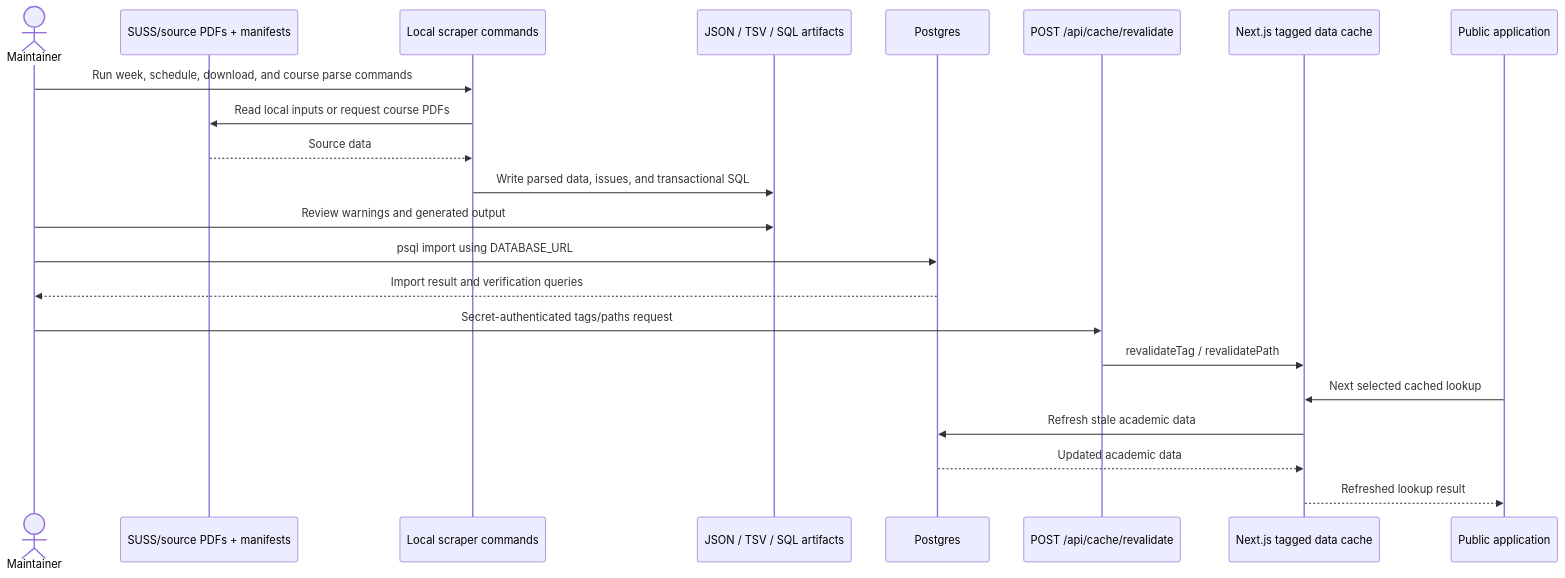
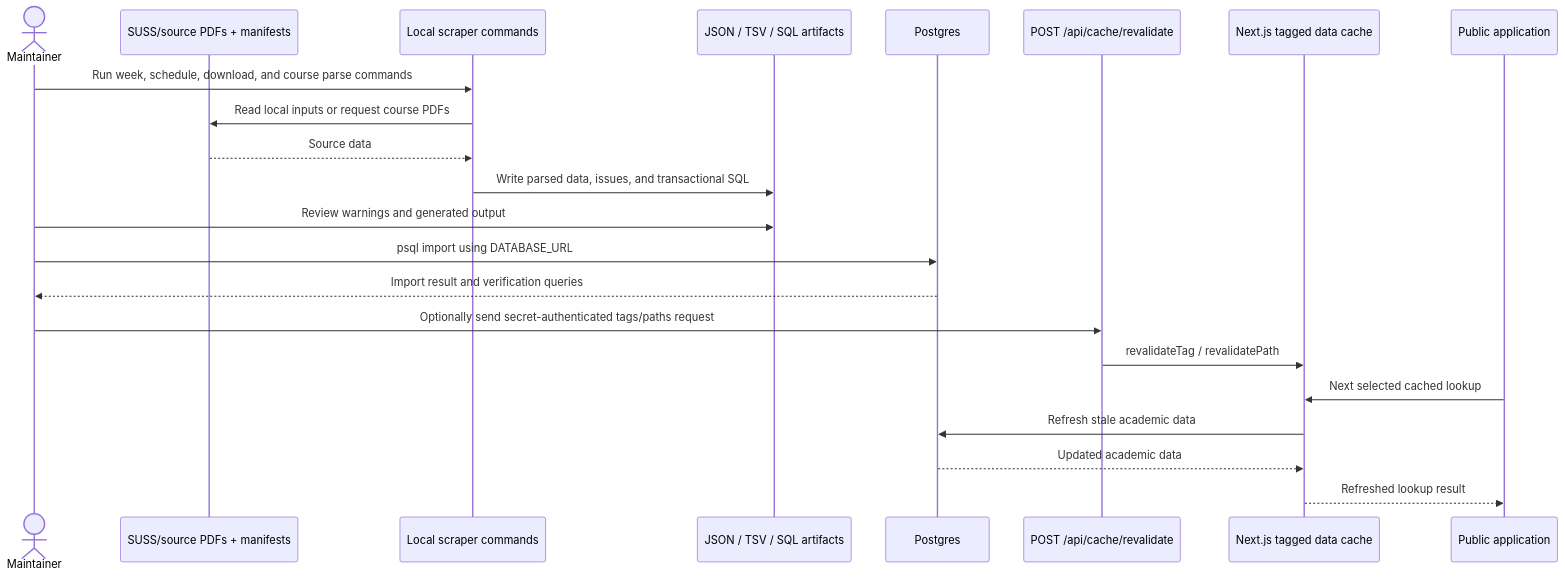
One commit to lester-td/SUSSplanner changed diagram 12 of 12 in docs/DeveloperGuide.md. Above: the diagram before and after it, drawn with Mermaid. The commit also changed other lines of this file, not shown here.

````diff
--- a/docs/DeveloperGuide.md
+++ b/docs/DeveloperGuide.md
@@ -795,25 +806,25 @@
 ```mermaid
 sequenceDiagram
     actor Maintainer
     participant Source as SUSS/source PDFs + manifests
     participant Scraper as Local scraper commands
     participant Artifacts as JSON / TSV / SQL artifacts
     participant DB as Postgres
     participant Revalidate as POST /api/cache/revalidate
     participant Cache as Next.js tagged data cache
     participant App as Public application
 
     Maintainer->>Scraper: Run week, schedule, download, and course parse commands
     Scraper->>Source: Read local inputs or request course PDFs
     Source-->>Scraper: Source data
     Scraper->>Artifacts: Write parsed data, issues, and transactional SQL
     Maintainer->>Artifacts: Review warnings and generated output
     Maintainer->>DB: psql import using DATABASE_URL
     DB-->>Maintainer: Import result and verification queries
-    Maintainer->>Revalidate: Secret-authenticated tags/paths request
+    Maintainer->>Revalidate: Optionally send secret-authenticated tags/paths request
     Revalidate->>Cache: revalidateTag / revalidatePath
     App->>Cache: Next selected cached lookup
     Cache->>DB: Refresh stale academic data
     DB-->>Cache: Updated academic data
     Cache-->>App: Refreshed lookup result
 ```
````
